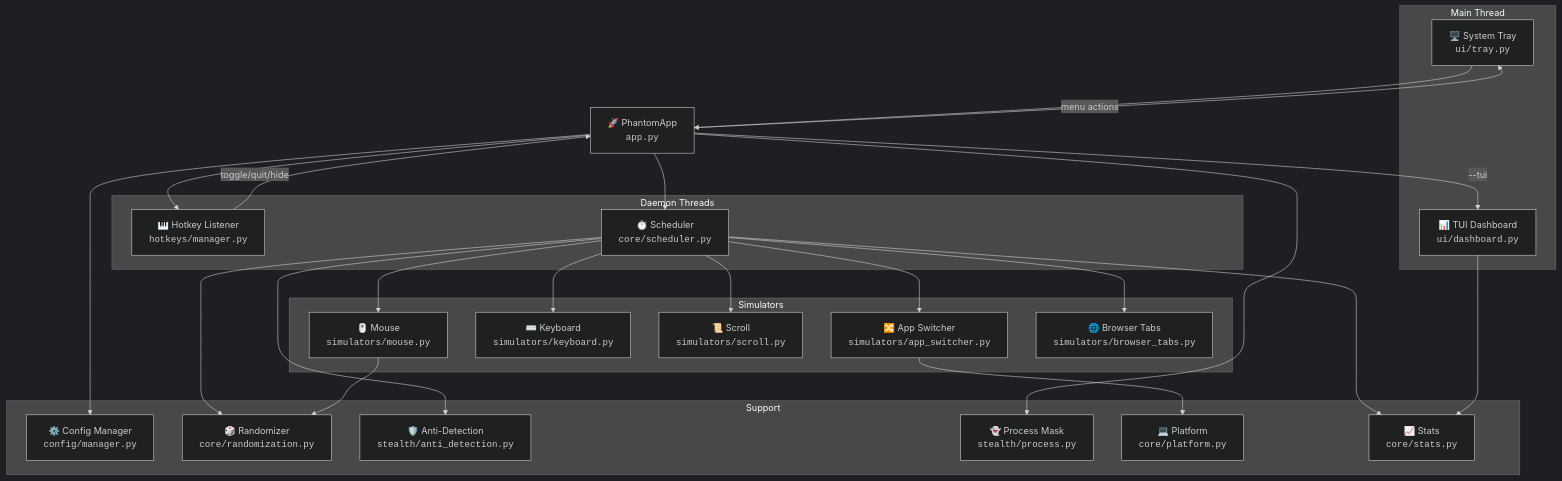
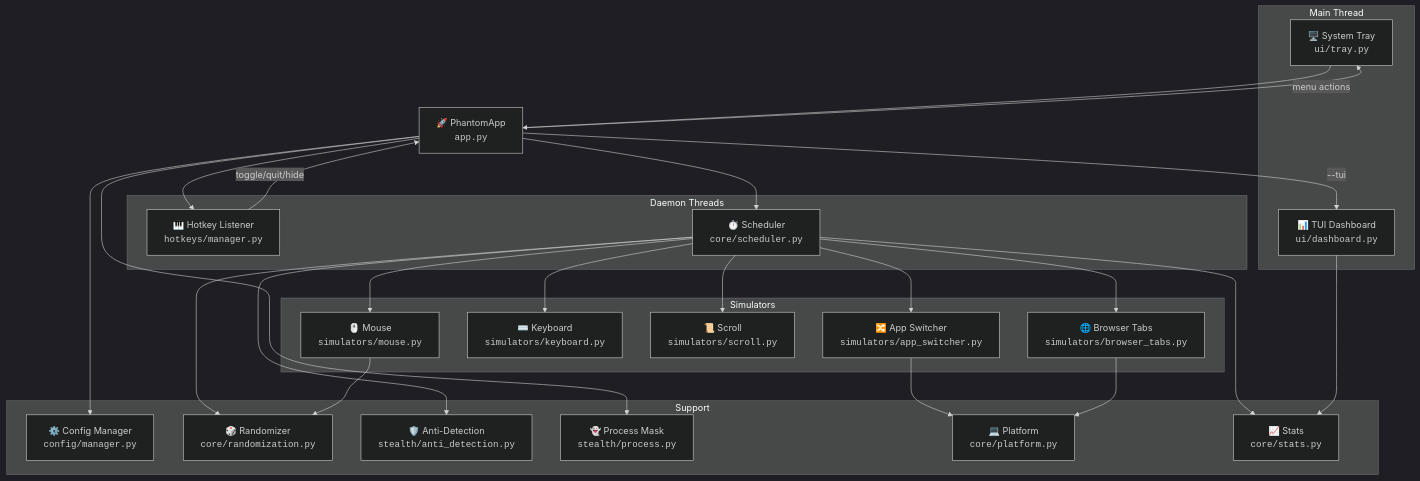
One commit to hammadxcm/go-phantom changed the sixth of 7 diagrams in README.md. Above: the diagram before and after it, drawn with Mermaid (dark theme). The commit also changed other lines of this file and 50 other files, not shown here.

````diff
--- a/README.md
+++ b/README.md
@@ -1095,53 +1112,54 @@
 ```mermaid
 graph TB
     subgraph "Main Thread"
         TRAY[🖥️ System Tray<br/><code>ui/tray.py</code>]
         DASH[📊 TUI Dashboard<br/><code>ui/dashboard.py</code>]
     end
 
     subgraph "Daemon Threads"
         HK[🎹 Hotkey Listener<br/><code>hotkeys/manager.py</code>]
         SCHED[⏱️ Scheduler<br/><code>core/scheduler.py</code>]
     end
 
     subgraph "Simulators"
         MOUSE[🖱️ Mouse<br/><code>simulators/mouse.py</code>]
         KB[⌨️ Keyboard<br/><code>simulators/keyboard.py</code>]
         SCROLL[📜 Scroll<br/><code>simulators/scroll.py</code>]
         APP[🔀 App Switcher<br/><code>simulators/app_switcher.py</code>]
         TABS[🌐 Browser Tabs<br/><code>simulators/browser_tabs.py</code>]
     end
 
     subgraph "Support"
         CFG[⚙️ Config Manager<br/><code>config/manager.py</code>]
         RAND[🎲 Randomizer<br/><code>core/randomization.py</code>]
         AD[🛡️ Anti-Detection<br/><code>stealth/anti_detection.py</code>]
         PROC[👻 Process Mask<br/><code>stealth/process.py</code>]
         PLAT[💻 Platform<br/><code>core/platform.py</code>]
         STATS[📈 Stats<br/><code>core/stats.py</code>]
     end
 
     APP_PY[🚀 PhantomApp<br/><code>app.py</code>] --> TRAY
     APP_PY -->|"--tui"| DASH
     APP_PY --> HK
     APP_PY --> SCHED
     APP_PY --> CFG
     APP_PY --> PROC
 
     SCHED --> STATS
     DASH --> STATS
 
     SCHED --> RAND
     SCHED --> AD
     SCHED --> MOUSE
     SCHED --> KB
     SCHED --> SCROLL
     SCHED --> APP
     SCHED --> TABS
 
     HK -->|toggle/quit/hide| APP_PY
     TRAY -->|menu actions| APP_PY
 
     MOUSE --> RAND
     APP --> PLAT
+    TABS --> PLAT
 ```
````
